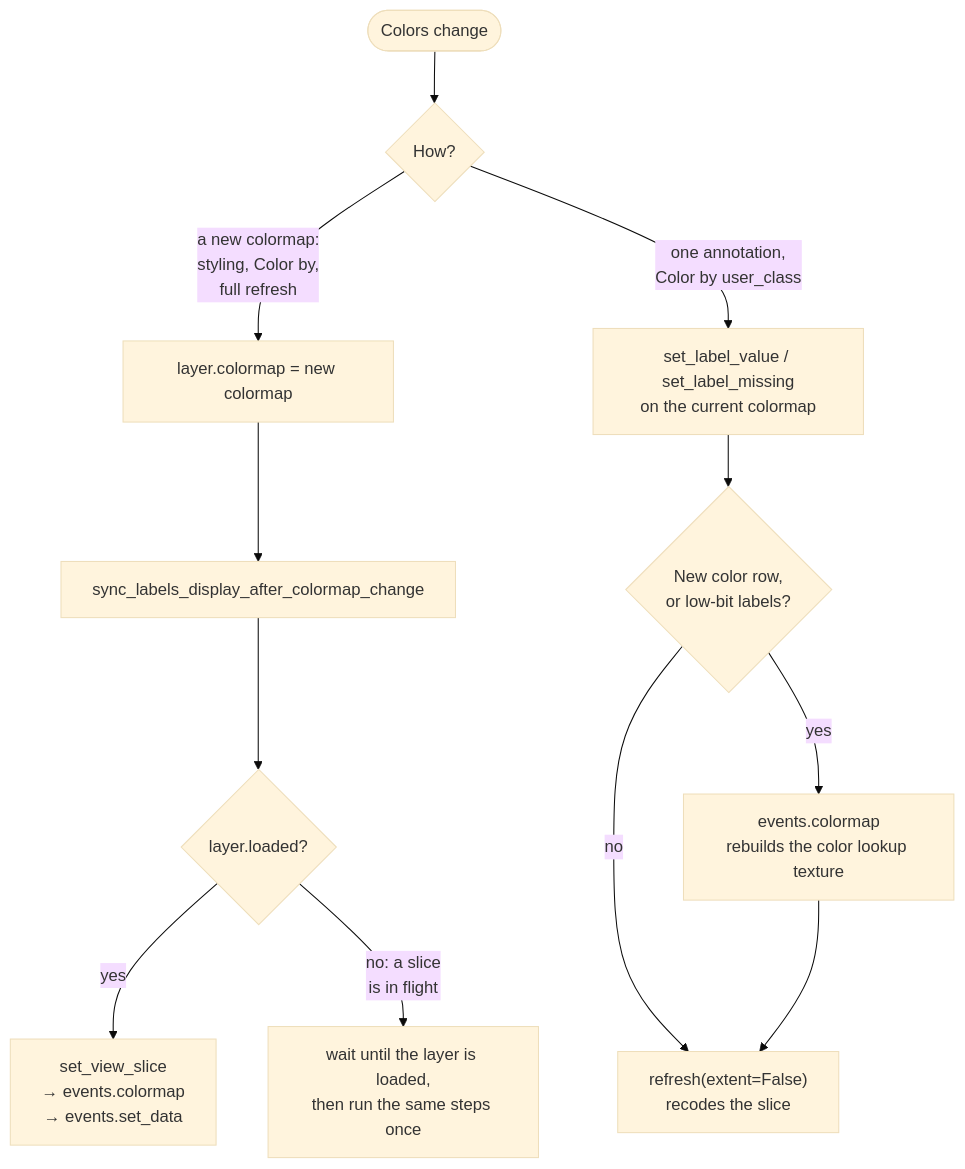
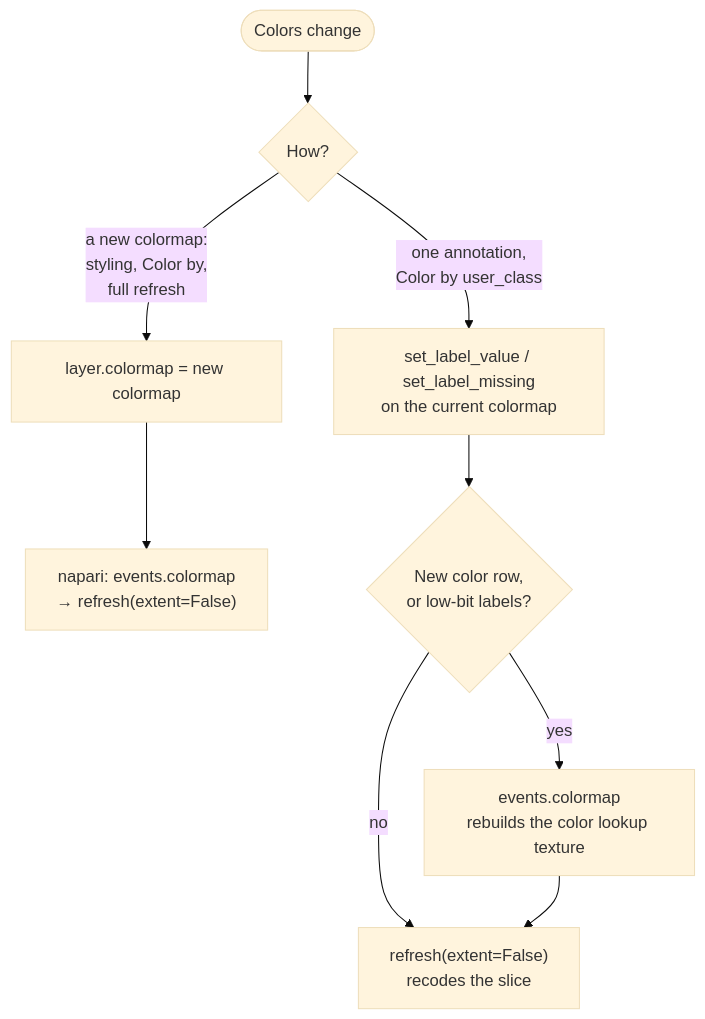
The second of 2 diagrams in docs/development/labels_coloring.md (vibspatial/spatiato), drawn with Mermaid (base theme) before and after one commit. The commit also changed other lines of this file and 9 other files, not shown here.

````diff
--- a/docs/development/labels_coloring.md
+++ b/docs/development/labels_coloring.md
@@ -279,14 +279,11 @@
 ```mermaid
 flowchart TD
     change(["Colors change"]) --> how{"How?"}
     how -- "a new colormap:<br/>styling, Color by,<br/>full refresh" --> assign["layer.colormap = new colormap"]
-    assign --> sync["sync_labels_display_after_colormap_change"]
-    sync --> loaded{"layer.loaded?"}
-    loaded -- yes --> now["set_view_slice<br/>→ events.colormap<br/>→ events.set_data"]
-    loaded -- "no: a slice<br/>is in flight" --> defer["wait until the layer is loaded,<br/>then run the same steps once"]
+    assign --> setter["napari: events.colormap<br/>→ refresh(extent=False)"]
     how -- "one annotation,<br/>Color by user_class" --> edit["set_label_value / set_label_missing<br/>on the current colormap"]
     edit --> rows{"New color row,<br/>or low-bit labels?"}
     rows -- yes --> event["events.colormap<br/>rebuilds the color lookup texture"]
     rows -- no --> refresh
     event --> refresh["refresh(extent=False)<br/>recodes the slice"]
 ```
````
